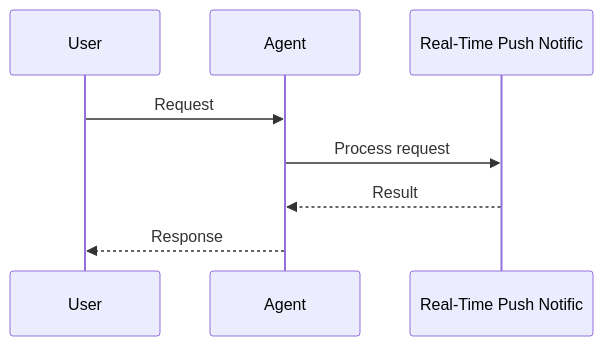
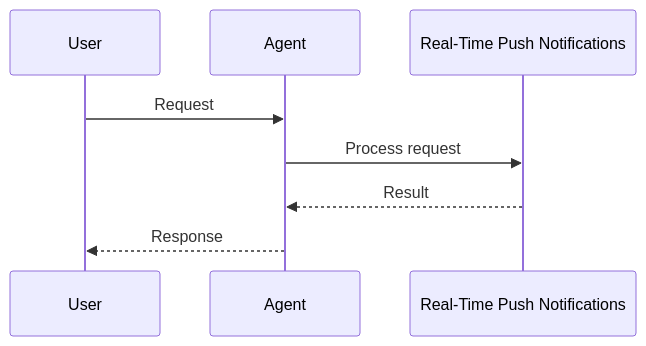
One commit to MervinPraison/PraisonAIDocs changed the third of 3 diagrams in docs/features/push-notifications.mdx. Above: the diagram before and after it, drawn with Mermaid. The commit also changed 45 other files, not shown here.

First line of the commit message:
docs: fix truncated Mermaid diagram feature names (22-char cutoff)

````diff
--- a/docs/features/push-notifications.mdx
+++ b/docs/features/push-notifications.mdx
@@ -107,11 +107,11 @@
 ```mermaid
 sequenceDiagram
     participant User
     participant Agent
-    participant Feature as Real-Time Push Notific
+    participant Feature as Real-Time Push Notifications
 
     User->>Agent: Request
     Agent->>Feature: Process request
     Feature-->>Agent: Result
     Agent-->>User: Response
 ```
````
